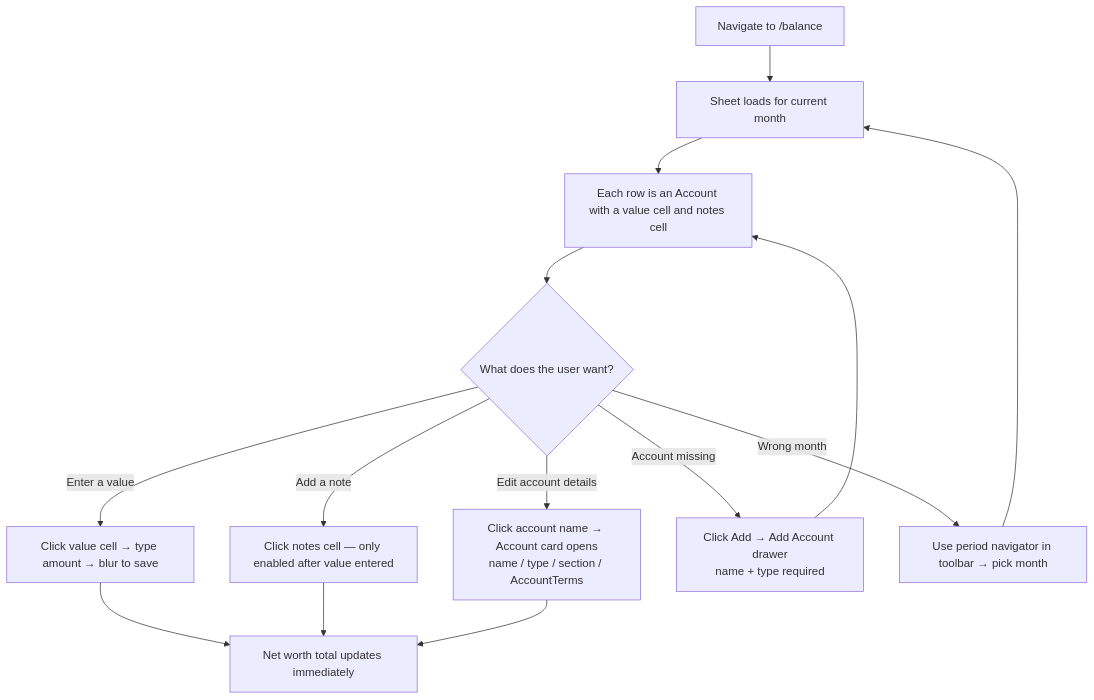
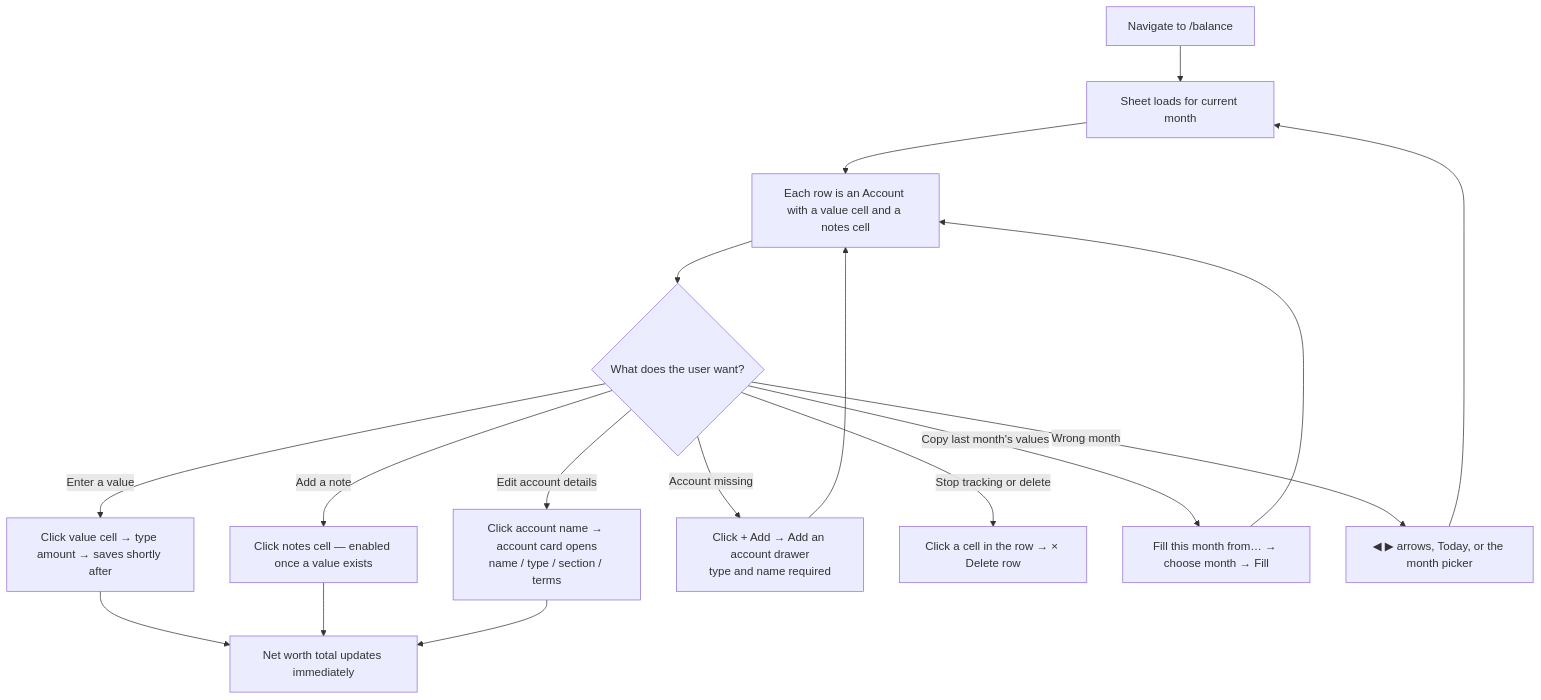
The diagram in docs/user-journeys/update-balance-sheet.md (JRRS1982/halcyon), drawn with Mermaid before and after one commit. The commit also changed other lines of this file and 44 other files, not shown here.

````diff
--- a/docs/user-journeys/update-balance-sheet.md
+++ b/docs/user-journeys/update-balance-sheet.md
@@ -8,16 +8,19 @@
 ```mermaid
 flowchart TD
     A[Navigate to /balance] --> B[Sheet loads for current month]
-    B --> C[Each row is an Account with a value cell and notes cell]
+    B --> C[Each row is an Account with a value cell and a notes cell]
     C --> D{What does the user want?}
-    D -->|Enter a value| E[Click value cell → type amount → blur to save]
-    D -->|Add a note| F[Click notes cell — only enabled after value entered]
-    D -->|Edit account details| G[Click account name → Account card opens\nname / type / section / AccountTerms]
-    D -->|Account missing| H[Click Add → Add Account drawer\nname + type required]
-    D -->|Wrong month| I[Use period navigator in toolbar → pick month]
+    D -->|Enter a value| E[Click value cell → type amount → saves shortly after]
+    D -->|Add a note| F[Click notes cell — enabled once a value exists]
+    D -->|Edit account details| G[Click account name → account card opens\nname / type / section / terms]
+    D -->|Account missing| H[Click + Add → Add an account drawer\ntype and name required]
+    D -->|Stop tracking or delete| R[Click a cell in the row → × Delete row]
+    D -->|Copy last month's values| S[Fill this month from… → choose month → Fill]
+    D -->|Wrong month| I[◀ ▶ arrows, Today, or the month picker]
     E --> J[Net worth total updates immediately]
     F --> J
     G --> J
     H --> C
+    S --> C
     I --> B
 ```
````
